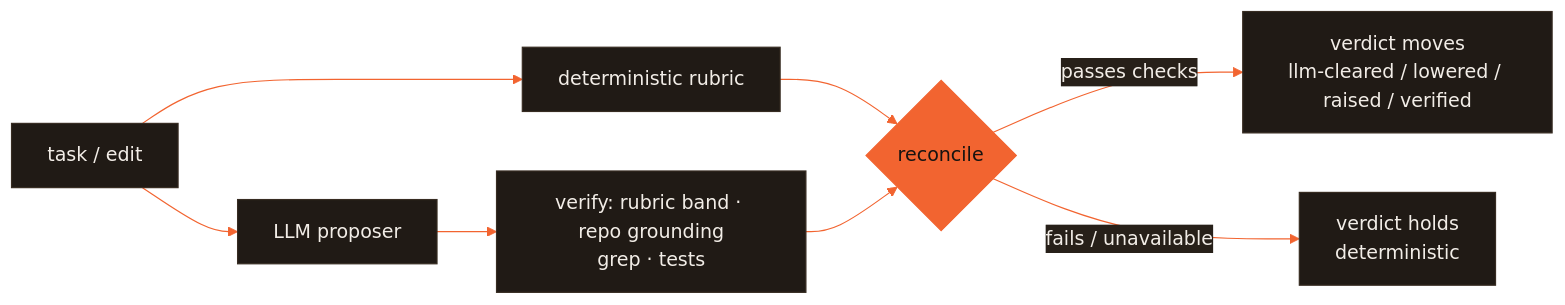
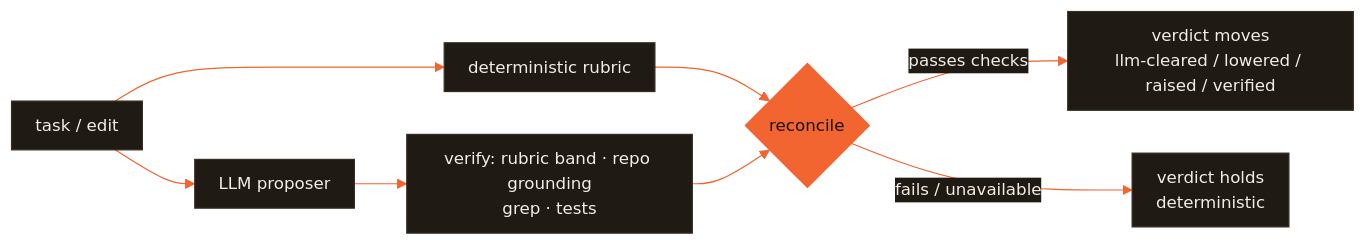
Before and after one commit to CodeWithJuber/forgekit: the diagram in docs/cognitive-substrate/README.md, drawn with Mermaid. The commit also changed 12 other files, not shown here.

````diff
--- a/docs/cognitive-substrate/README.md
+++ b/docs/cognitive-substrate/README.md
@@ -181,13 +181,13 @@
 ```mermaid
-%%{init: {'theme':'base','themeVariables':{'primaryColor':'#201a15','primaryTextColor':'#f2ede7','primaryBorderColor':'#372c22','lineColor':'#f26430','secondaryColor':'#272019','tertiaryColor':'#171310','fontFamily':'ui-sans-serif, system-ui, sans-serif'}}}%%
+%%{init: {'theme':'base','themeVariables':{'primaryColor':'#201a15','primaryTextColor':'#f2ede7','primaryBorderColor':'#372c22','lineColor':'#f26430','secondaryColor':'#272019','tertiaryColor':'#171310','edgeLabelBackground':'#201a15','clusterBkg':'#171310','clusterBorder':'#4a3b2e','fontFamily':'ui-sans-serif, system-ui, sans-serif','fontSize':'14px'},'flowchart':{'curve':'basis','padding':10,'nodeSpacing':36,'rankSpacing':44}}}%%
 flowchart LR
     T["task / edit"] --> R["deterministic rubric"]
     T --> P["LLM proposer"]
     R --> C{reconcile}
     P --> V["verify: rubric band · repo grounding<br/>grep · tests"]
     V --> C
     C -->|passes checks| M["verdict moves<br/>llm-cleared / lowered / raised / verified"]
     C -->|fails / unavailable| D["verdict holds<br/>deterministic"]
     classDef accent fill:#f26430,stroke:#f26430,color:#171310;
     class C accent;
 ```
````
